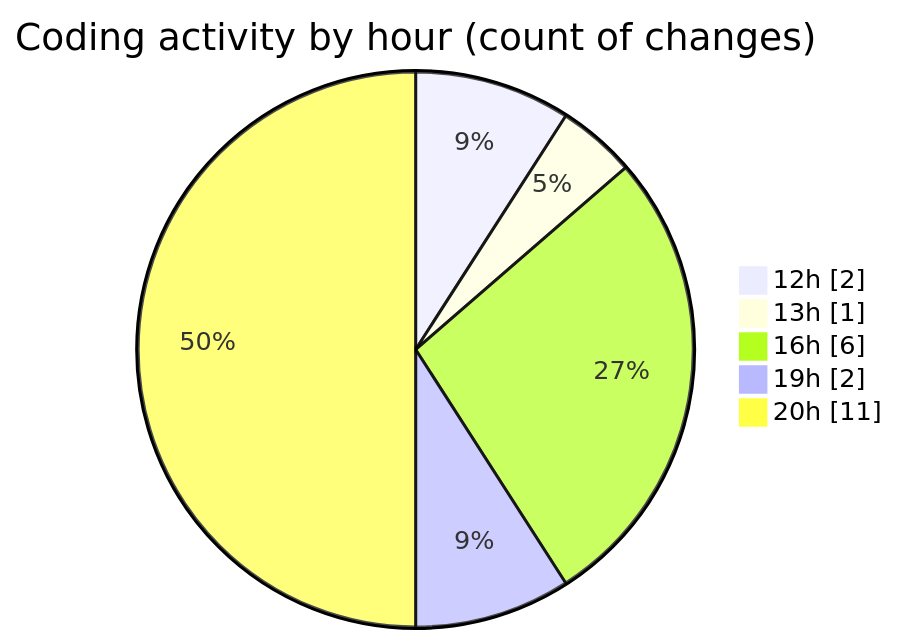
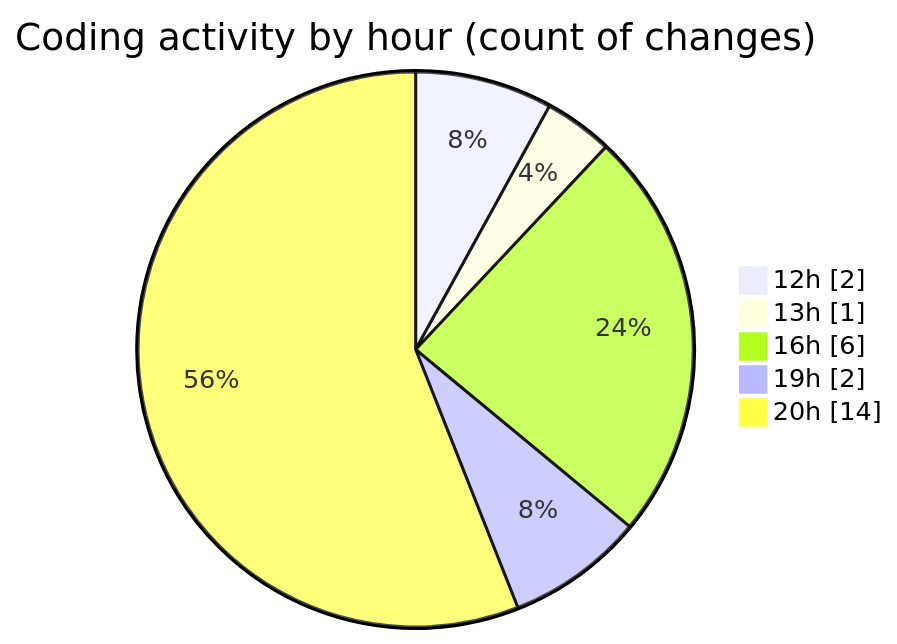
The second of 2 diagrams in 2025-08-03/macrowhisper/README.md (EIIisD/code-tracking), drawn with Mermaid before and after one commit. The commit also changed other lines of this file and 1 other file, not shown here.

````diff
--- a/2025-08-03/macrowhisper/README.md
+++ b/2025-08-03/macrowhisper/README.md
@@ -34,9 +34,9 @@
 ```mermaid
 pie showData
 title Coding activity by hour (count of changes)
 "12h" : 2
 "13h" : 1
 "16h" : 6
 "19h" : 2
-"20h" : 11
+"20h" : 14
 ```
````
